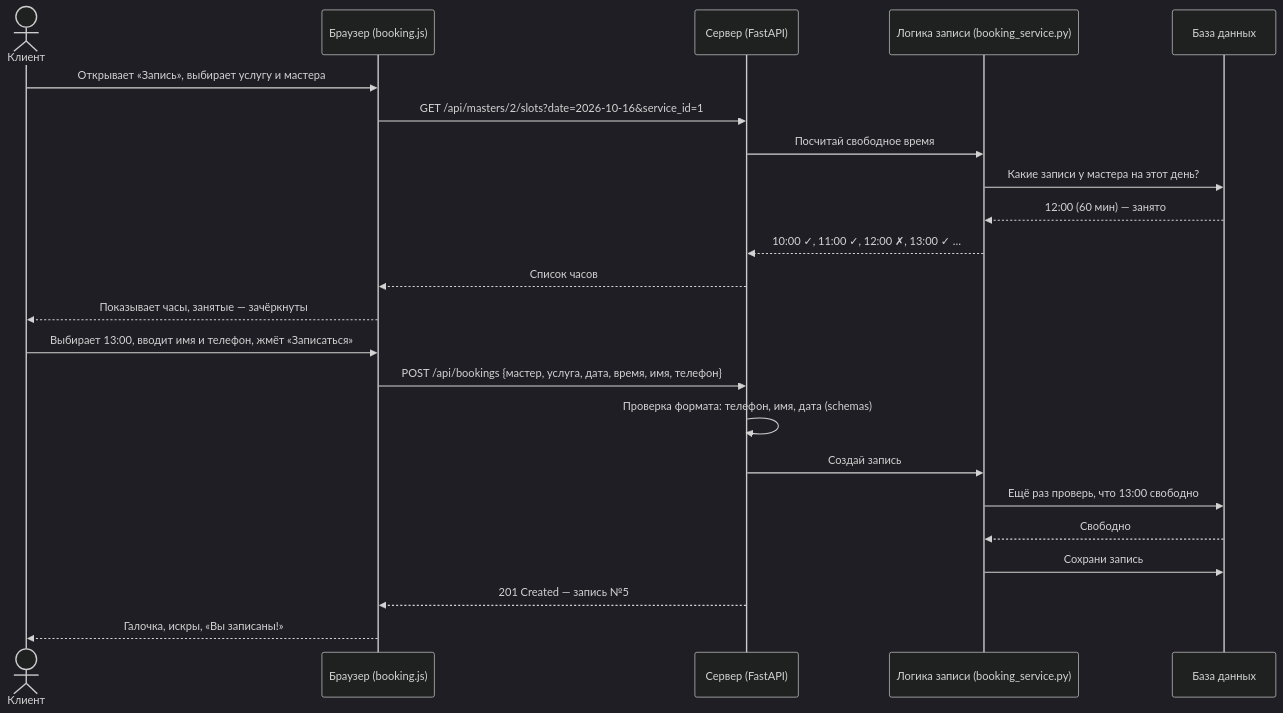
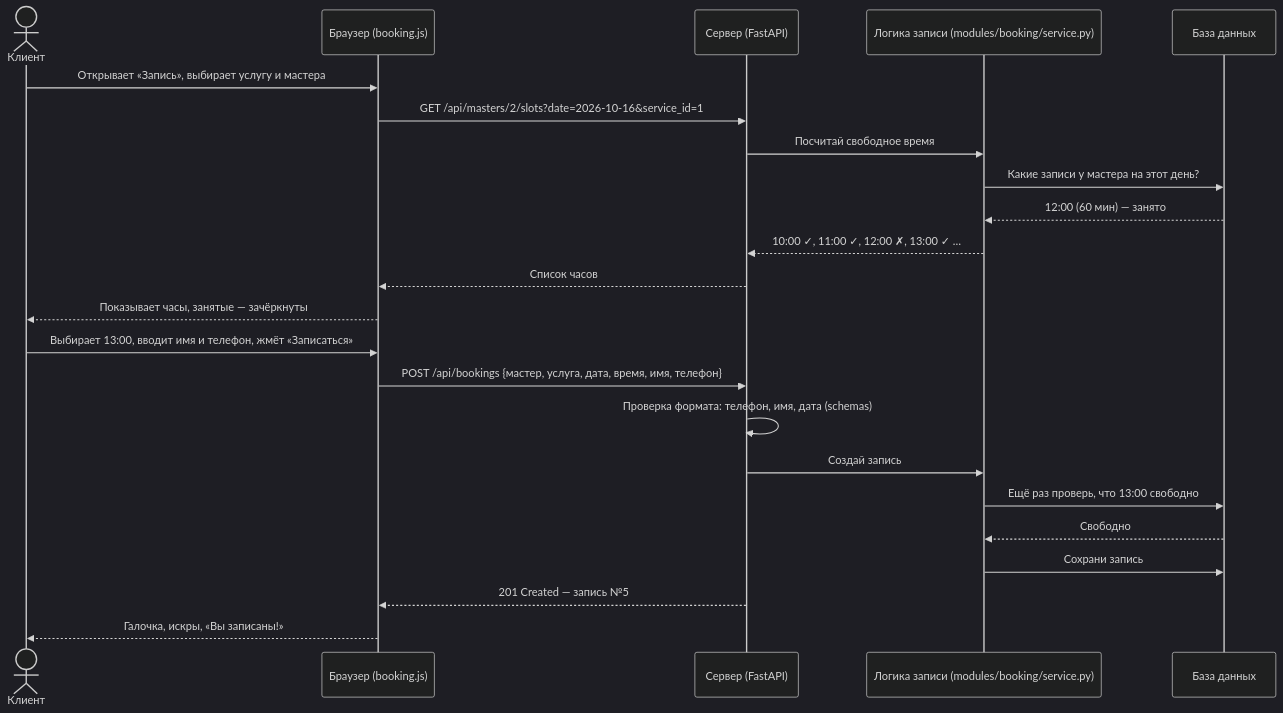
One commit to dodoser34/46 changed the diagram in docs/03-устройство/03-путь-одного-клика.md. Above: the diagram before and after it, drawn with Mermaid (dark theme). The commit also changed 55 other files, not shown here.

First line of the commit message:
feat: implement catalog and shop modules with models, routes, and schemas

````diff
--- a/docs/03-устройство/03-путь-одного-клика.md
+++ b/docs/03-устройство/03-путь-одного-клика.md
@@ -7,26 +7,26 @@
 ```mermaid
 sequenceDiagram
     actor К as Клиент
     participant Б as Браузер (booking.js)
     participant С as Сервер (FastAPI)
-    participant Л as Логика записи (booking_service.py)
+    participant Л as Логика записи (modules/booking/service.py)
     participant Д as База данных
 
     К->>Б: Открывает «Запись», выбирает услугу и мастера
     Б->>С: GET /api/masters/2/slots?date=2026-10-16&service_id=1
     С->>Л: Посчитай свободное время
     Л->>Д: Какие записи у мастера на этот день?
     Д-->>Л: 12:00 (60 мин) — занято
     Л-->>С: 10:00 ✓, 11:00 ✓, 12:00 ✗, 13:00 ✓ …
     С-->>Б: Список часов
     Б-->>К: Показывает часы, занятые — зачёркнуты
     К->>Б: Выбирает 13:00, вводит имя и телефон, жмёт «Записаться»
     Б->>С: POST /api/bookings {мастер, услуга, дата, время, имя, телефон}
     С->>С: Проверка формата: телефон, имя, дата (schemas)
     С->>Л: Создай запись
     Л->>Д: Ещё раз проверь, что 13:00 свободно
     Д-->>Л: Свободно
     Л->>Д: Сохрани запись
     С-->>Б: 201 Created — запись №5
     Б-->>К: Галочка, искры, «Вы записаны!»
 ```
````
